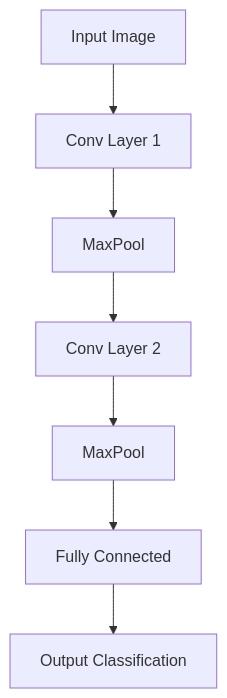
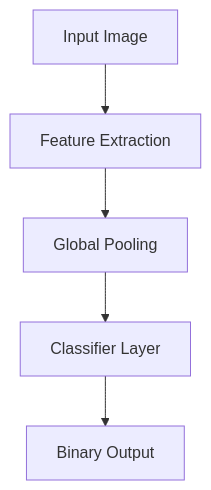
The diagram in doc/presentation.md (LorenzoMioso/VisualIntelligence), drawn with Mermaid before and after one commit. The commit also changed other lines of this file and 118 other files, not shown here.

````diff
--- a/doc/presentation.md
+++ b/doc/presentation.md
@@ -117,9 +137,7 @@
 ```mermaid
 graph TD
-    A[Input Image] --> B[Conv Layer 1]
-    B --> C[MaxPool]
-    C --> D[Conv Layer 2]
-    D --> E[MaxPool]
-    E --> F[Fully Connected]
-    F --> G[Output Classification]
+    A[Input Image] --> B[Feature Extraction]
+    B --> C[Global Pooling]
+    C --> D[Classifier Layer]
+    D --> E[Binary Output]
 ```
````
